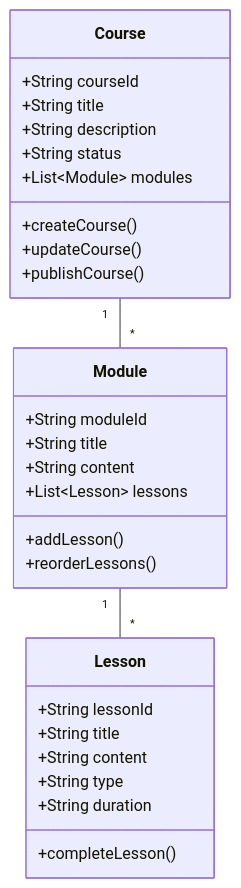
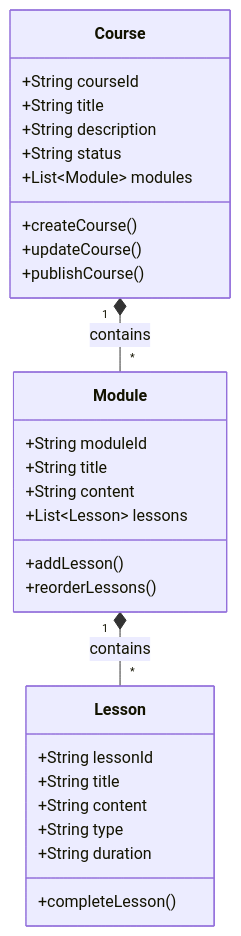
Before and after one commit to leomultimedia/LCT-LMS: the fourth of 20 diagrams in LCT-SystemDesign/Functional_Architecture.md, drawn with Mermaid. The commit also changed other lines of this file, not shown here.

Commit message:
Fixed graph errors

````diff
--- a/LCT-SystemDesign/Functional_Architecture.md
+++ b/LCT-SystemDesign/Functional_Architecture.md
@@ -127,34 +134,34 @@
 ```mermaid
 classDiagram
     class Course {
         +String courseId
         +String title
         +String description
         +String status
         +List~Module~ modules
         +createCourse()
         +updateCourse()
         +publishCourse()
     }
     
     class Module {
         +String moduleId
         +String title
         +String content
         +List~Lesson~ lessons
         +addLesson()
         +reorderLessons()
     }
     
     class Lesson {
         +String lessonId
         +String title
         +String content
         +String type
         +String duration
         +completeLesson()
     }
     
-    Course "1" -- "*" Module
-    Module "1" -- "*" Lesson
+    Course "1" *-- "*" Module : contains
+    Module "1" *-- "*" Lesson : contains
 ```
````
